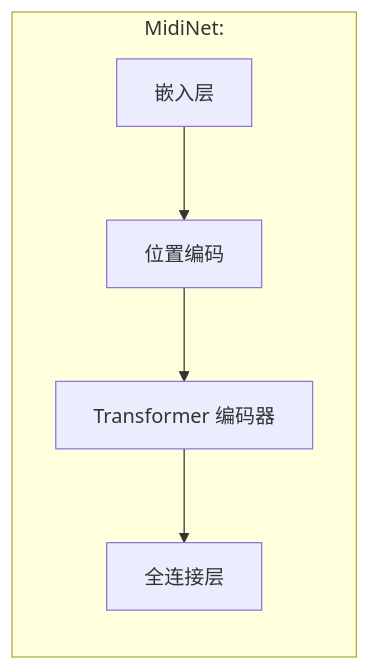
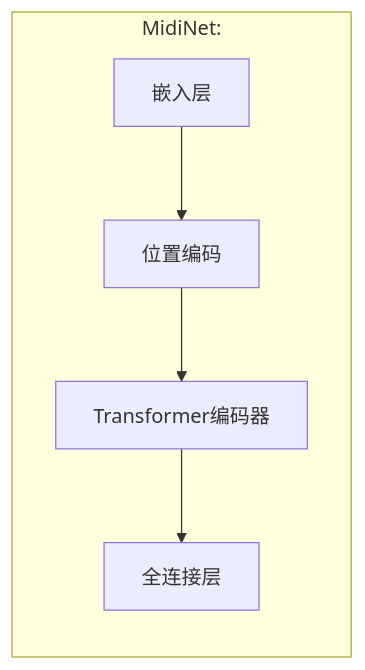
Before and after one commit to thiliapr/tkaimidi: the first of 2 diagrams in README.md, drawn with Mermaid. The commit also changed other lines of this file, not shown here.

````diff
--- a/README.md
+++ b/README.md
@@ -13,7 +13,7 @@
 ```mermaid
 graph TD
     subgraph MidiNet:
         direction TB
-        Embedding[嵌入层] --> PositionalEncoding[位置编码] --> TransformerEncoder[Transformer 编码器] --> Linear[全连接层]
+        Embedding[嵌入层] --> PositionalEncoding[位置编码] --> TransformerEncoderLayers[Transformer编码器] --> Linear[全连接层]
     end
 ```
````
